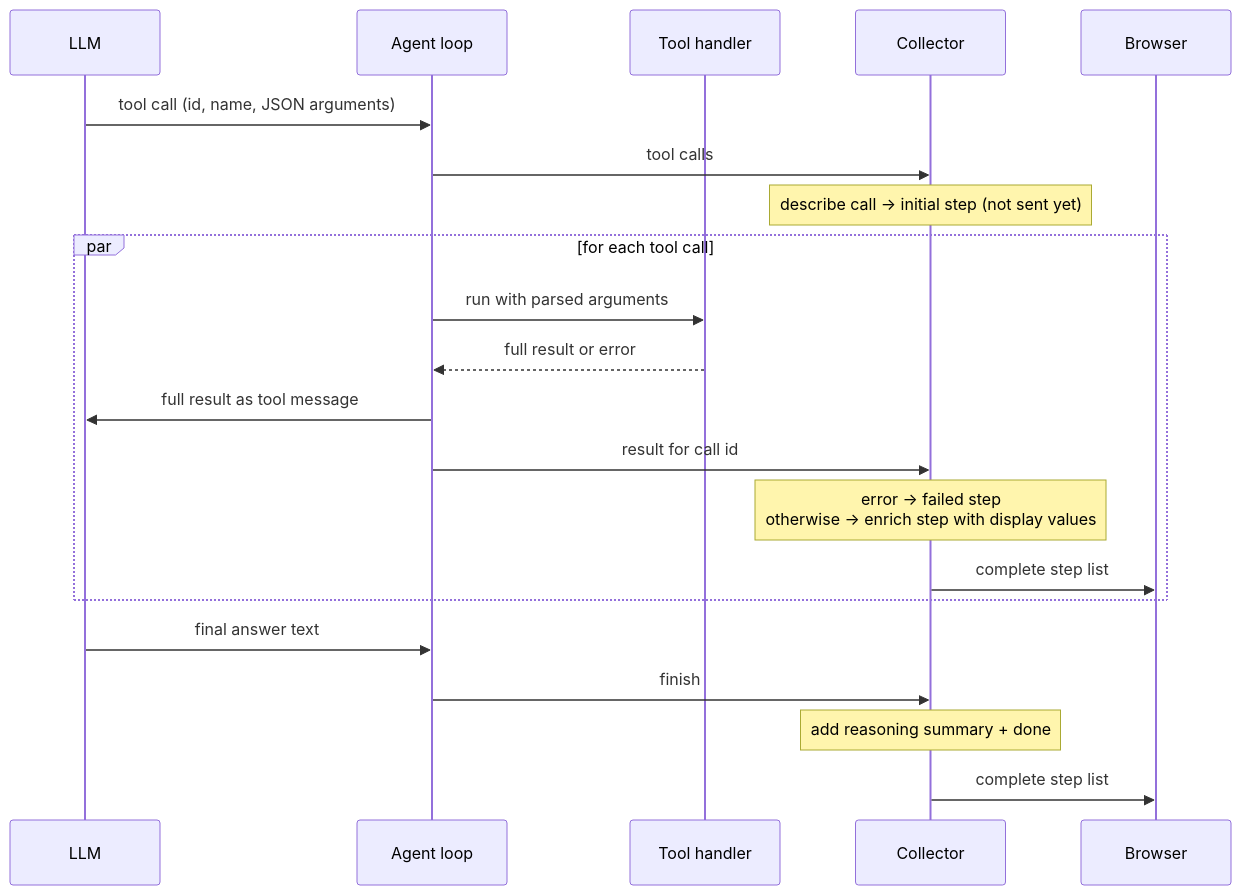
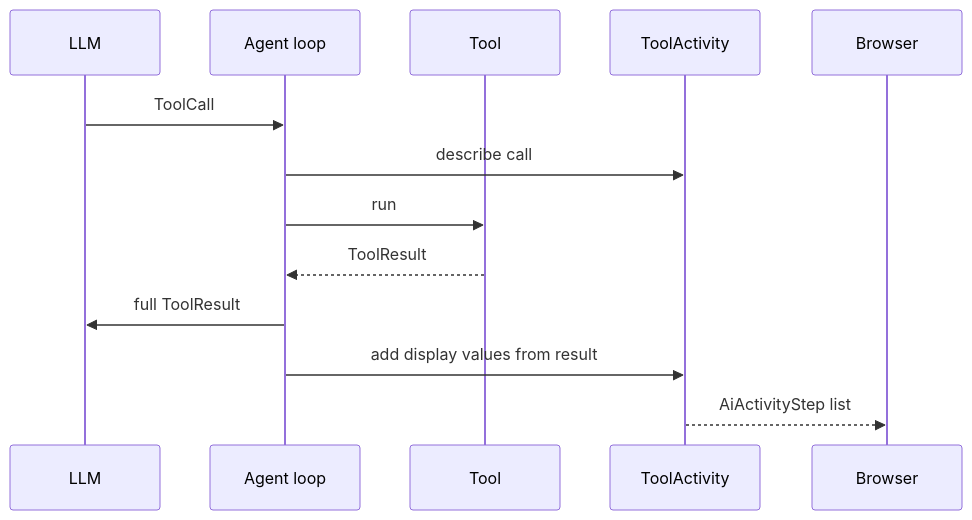
One commit to FWU-DE/ais-chat changed the first of 2 diagrams in docs/concepts/ai-activity.md. Above: the diagram before and after it, drawn with Mermaid. The commit also changed other lines of this file, not shown here.

First line of the commit message:
docs: simplify AI activity concept

````diff
--- a/docs/concepts/ai-activity.md
+++ b/docs/concepts/ai-activity.md
@@ -42,24 +17,16 @@
 ```mermaid
 sequenceDiagram
   participant LLM
   participant Agent as Agent loop
-  participant Tool as Tool handler
-  participant Col as Collector
+  participant Tool
+  participant Act as ToolActivity
   participant UI as Browser
 
-  LLM->>Agent: tool call (id, name, JSON arguments)
-  Agent->>Col: tool calls
-  Note over Col: describe call → initial step (not sent yet)
-  par for each tool call
-    Agent->>Tool: run with parsed arguments
-    Tool-->>Agent: full result or error
-    Agent->>LLM: full result as tool message
-    Agent->>Col: result for call id
-    Note over Col: error → failed step<br/>otherwise → enrich step with display values
-    Col->>UI: complete step list
-  end
-  LLM->>Agent: final answer text
-  Agent->>Col: finish
-  Note over Col: add reasoning summary + done
-  Col->>UI: complete step list
+  LLM->>Agent: ToolCall
+  Agent->>Act: describe call
+  Agent->>Tool: run
+  Tool-->>Agent: ToolResult
+  Agent->>LLM: full ToolResult
+  Agent->>Act: add display values from result
+  Act-->>UI: AiActivityStep list
 ```
````
